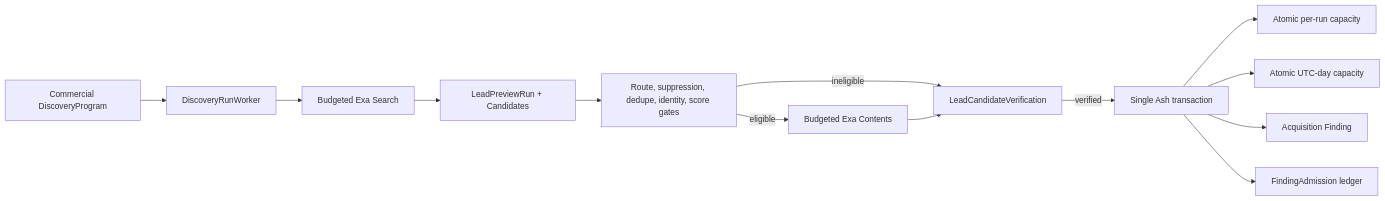
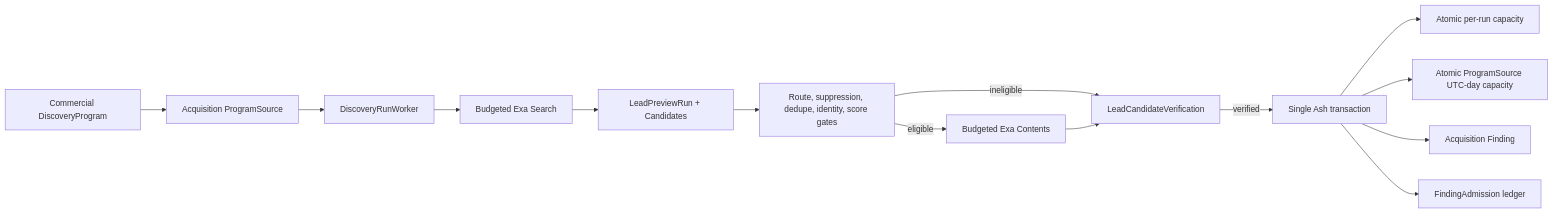
One commit to Gnome-Automation/gnome_garden changed the diagram in docs/commercial-candidate-admission.md. Above: the diagram before and after it, drawn with Mermaid. The commit also changed other lines of this file and 7 other files, not shown here.

Commit message:
gnome_ga-fx2.25 enforce acquisition policy boundaries

````diff
--- a/docs/commercial-candidate-admission.md
+++ b/docs/commercial-candidate-admission.md
@@ -6,15 +6,16 @@
 ```mermaid
 flowchart LR
-    Program[Commercial DiscoveryProgram] --> Worker[DiscoveryRunWorker]
+    Program[Commercial DiscoveryProgram] --> Policy[Acquisition ProgramSource]
+    Policy --> Worker[DiscoveryRunWorker]
     Worker --> Search[Budgeted Exa Search]
     Search --> Preview[LeadPreviewRun + Candidates]
     Preview --> Gates[Route, suppression, dedupe, identity, score gates]
     Gates -->|eligible| Contents[Budgeted Exa Contents]
     Gates -->|ineligible| Verification[LeadCandidateVerification]
     Contents --> Verification
     Verification -->|verified| Transaction[Single Ash transaction]
     Transaction --> RunCap[Atomic per-run capacity]
-    Transaction --> DayCap[Atomic UTC-day capacity]
+    Transaction --> DayCap[Atomic ProgramSource UTC-day capacity]
     Transaction --> Finding[Acquisition Finding]
     Transaction --> Admission[FindingAdmission ledger]
 ```
````
